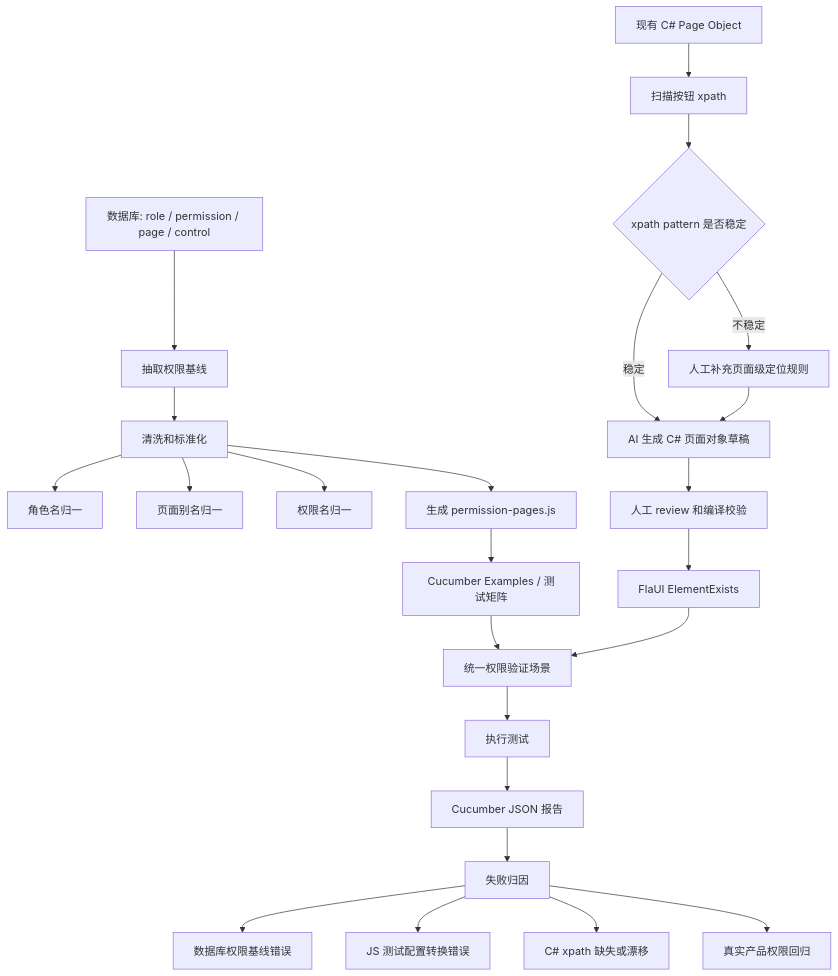
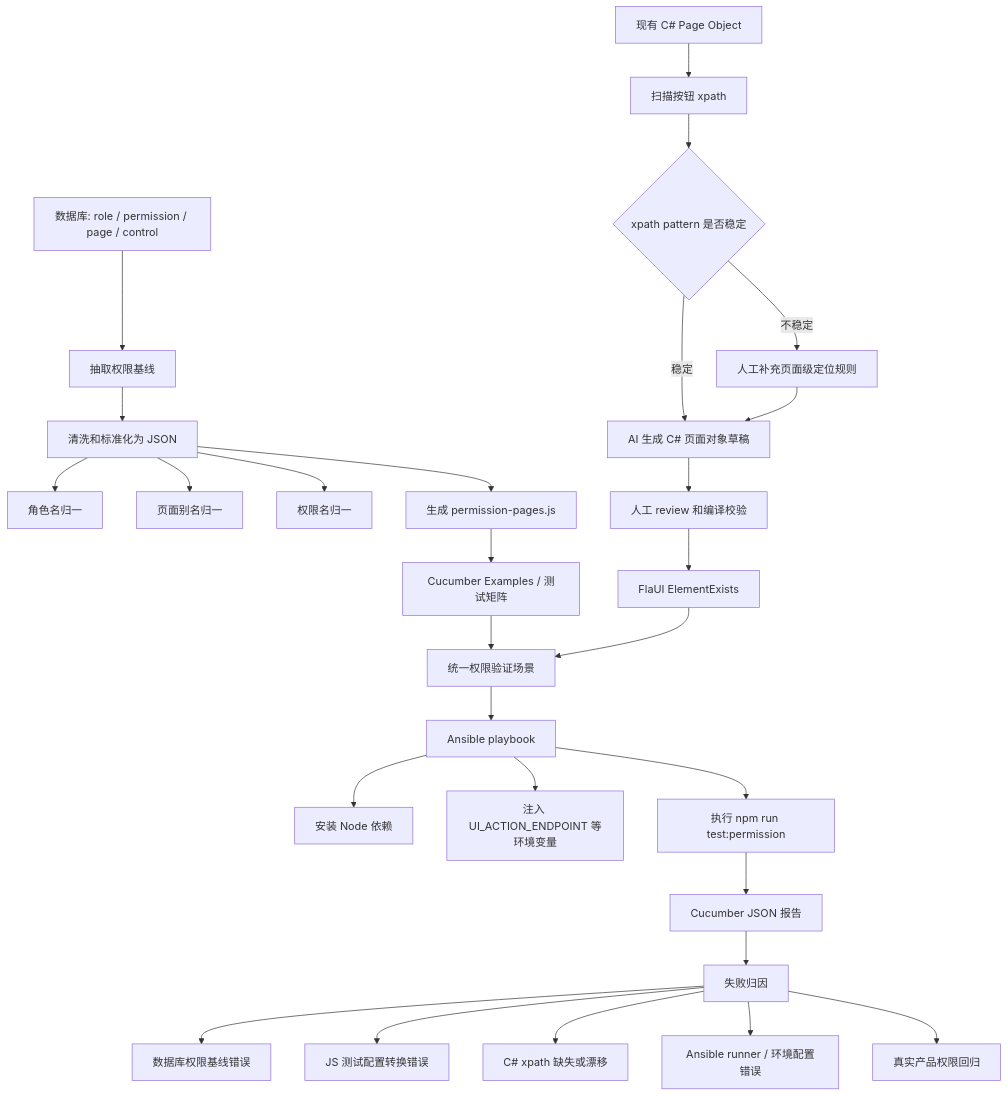
One commit to blantonsbourbon/desktop-test changed the diagram in README.md. Above: the diagram before and after it, drawn with Mermaid. The commit also changed other lines of this file and 4 other files, not shown here.

Commit message:
chore: add ansible permission test runner

````diff
--- a/README.md
+++ b/README.md
@@ -41,29 +58,33 @@
 ```mermaid
 flowchart TD
     A["数据库: role / permission / page / control"] --> B["抽取权限基线"]
-    B --> C["清洗和标准化"]
+    B --> C["清洗和标准化为 JSON"]
     C --> C1["角色名归一"]
     C --> C2["页面别名归一"]
     C --> C3["权限名归一"]
     C --> D["生成 permission-pages.js"]
 
     E["现有 C# Page Object"] --> F["扫描按钮 xpath"]
     F --> G{"xpath pattern 是否稳定"}
     G -->|稳定| H["AI 生成 C# 页面对象草稿"]
     G -->|不稳定| I["人工补充页面级定位规则"]
     I --> H
     H --> J["人工 review 和编译校验"]
 
     D --> K["Cucumber Examples / 测试矩阵"]
     J --> L["FlaUI ElementExists"]
     K --> M["统一权限验证场景"]
     L --> M
 
-    M --> N["执行测试"]
-    N --> O["Cucumber JSON 报告"]
+    M --> N["Ansible playbook"]
+    N --> N1["安装 Node 依赖"]
+    N --> N2["注入 UI_ACTION_ENDPOINT 等环境变量"]
+    N --> N3["执行 npm run test:permission"]
+    N3 --> O["Cucumber JSON 报告"]
     O --> P["失败归因"]
     P --> P1["数据库权限基线错误"]
     P --> P2["JS 测试配置转换错误"]
     P --> P3["C# xpath 缺失或漂移"]
-    P --> P4["真实产品权限回归"]
+    P --> P4["Ansible runner / 环境配置错误"]
+    P --> P5["真实产品权限回归"]
 ```
````
